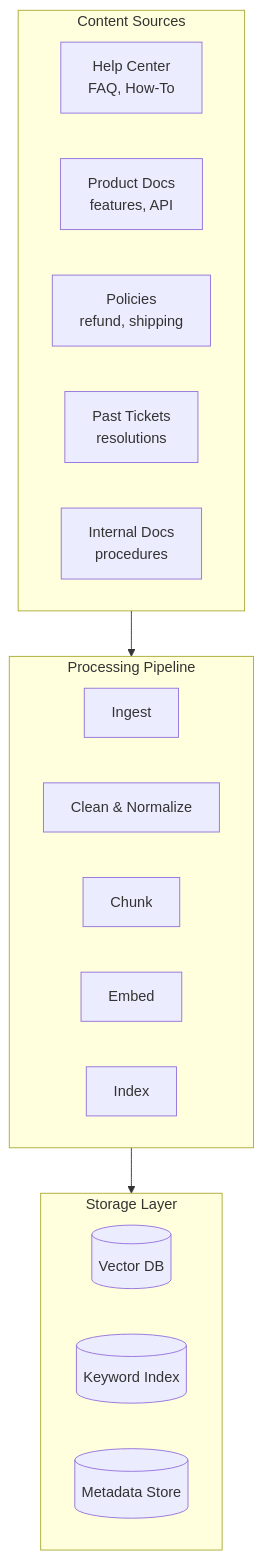
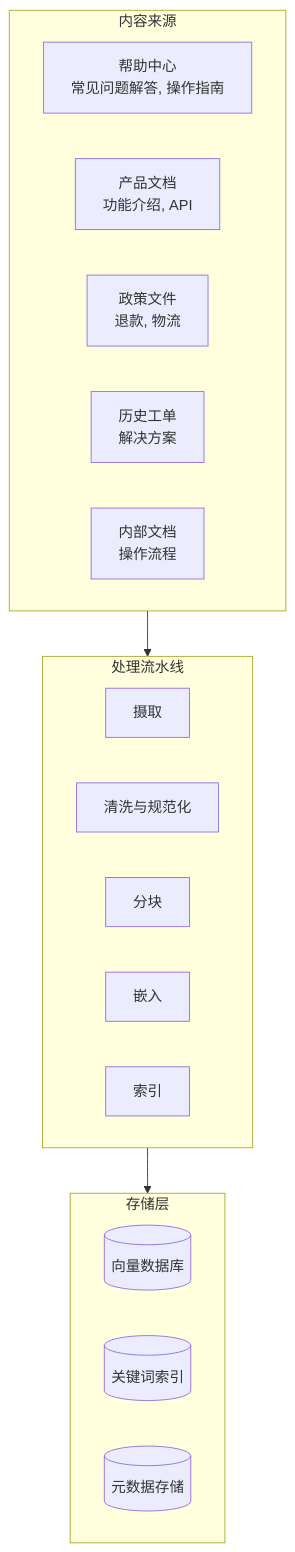
One commit to stars-labs/ai-driven-customer-service changed the first of 3 diagrams in i18n/zh/docusaurus-plugin-content-docs/current/11-knowledge-base.md. Above: the diagram before and after it, drawn with Mermaid. The commit also changed other lines of this file and 15 other files, not shown here.

````diff
--- a/i18n/zh/docusaurus-plugin-content-docs/current/11-knowledge-base.md
+++ b/i18n/zh/docusaurus-plugin-content-docs/current/11-knowledge-base.md
@@ -20,27 +20,27 @@
 ```mermaid
 flowchart TB
-    subgraph Sources["Content Sources"]
-        S1[Help Center<br/>FAQ, How-To]
-        S2[Product Docs<br/>features, API]
-        S3[Policies<br/>refund, shipping]
-        S4[Past Tickets<br/>resolutions]
-        S5[Internal Docs<br/>procedures]
+    subgraph Sources["内容来源"]
+        S1[帮助中心<br/>常见问题解答, 操作指南]
+        S2[产品文档<br/>功能介绍, API]
+        S3[政策文件<br/>退款, 物流]
+        S4[历史工单<br/>解决方案]
+        S5[内部文档<br/>操作流程]
     end
 
-    subgraph Pipeline["Processing Pipeline"]
-        P1[Ingest]
-        P2[Clean & Normalize]
-        P3[Chunk]
-        P4[Embed]
-        P5[Index]
+    subgraph Pipeline["处理流水线"]
+        P1[摄取]
+        P2[清洗与规范化]
+        P3[分块]
+        P4[嵌入]
+        P5[索引]
     end
 
-    subgraph Storage["Storage Layer"]
-        V[(Vector DB)]
-        K[(Keyword Index)]
-        M[(Metadata Store)]
+    subgraph Storage["存储层"]
+        V[(向量数据库)]
+        K[(关键词索引)]
+        M[(元数据存储)]
     end
 
     Sources --> Pipeline
     Pipeline --> Storage
 ```
````
